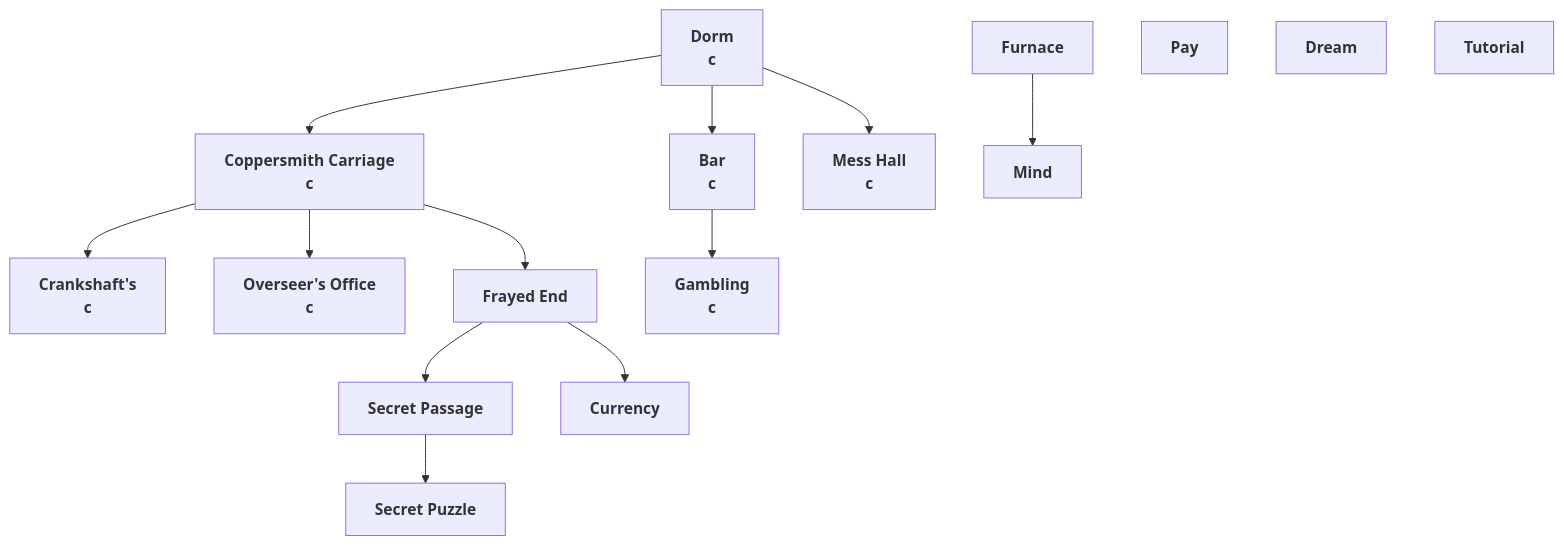
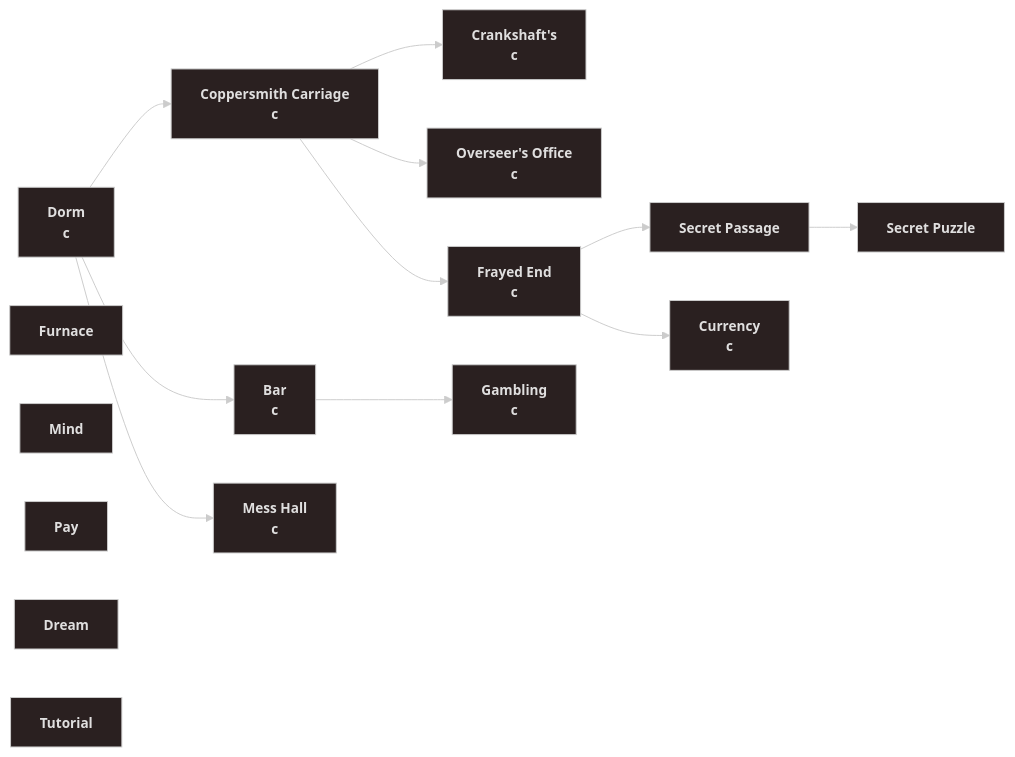
The diagram in .claude/plans/2/2.1-scene-network.mmd (noahval/GoA), drawn with Mermaid before and after one commit. The commit also changed 2 other files, not shown here.

```diff
--- a/.claude/plans/2/2.1-scene-network.mmd
+++ b/.claude/plans/2/2.1-scene-network.mmd
@@ -1,10 +1,16 @@
-flowchart TB
+---
+config:
+  layout: dagre
+  theme: neo-dark
+---
+flowchart LR
     dorm["<b>Dorm<br>c</b>"] --> bar["<b>Bar<br>c</b>"] & coppersmith["<b>Coppersmith Carriage<br>c</b>"] & mess["<b>Mess Hall<br>c</b>"]
-    furnace["<b>Furnace</b>"] --> mind["<b>Mind</b>"]
-    coppersmith --> crankshafts@{ label: "<b>Crankshaft's<br>c</b>" } & office@{ label: "<b>Overseer's Office<br>c</b>" } & frayed["<b>Frayed End</b>"]
-    secret["<b>Secret Passage</b>"] --> puzzle["<b>Secret Puzzle</b>"]
-    frayed --> currency["<b>Currency</b>"] & secret
+    coppersmith --> crankshafts@{ label: "<b>Crankshaft's<br>c</b>" } & office@{ label: "<b>Overseer's Office<br>c</b>" } & frayed["<b>Frayed End<br>c</b>"]
+    secret["<b>Secret Passage<br></b>"] --> puzzle["<b>Secret Puzzle<br></b>"]
+    frayed --> currency["<b>Currency<br>c</b>"] & secret
     bar --> gambling["<b>Gambling<br>c</b>"]
+    furnace["<b>Furnace</b>"]
+    mind["<b>Mind</b>"]
     pay["<b>Pay</b>"]
     dream["<b>Dream</b>"]
     tutorial["<b>Tutorial</b>"]
```
